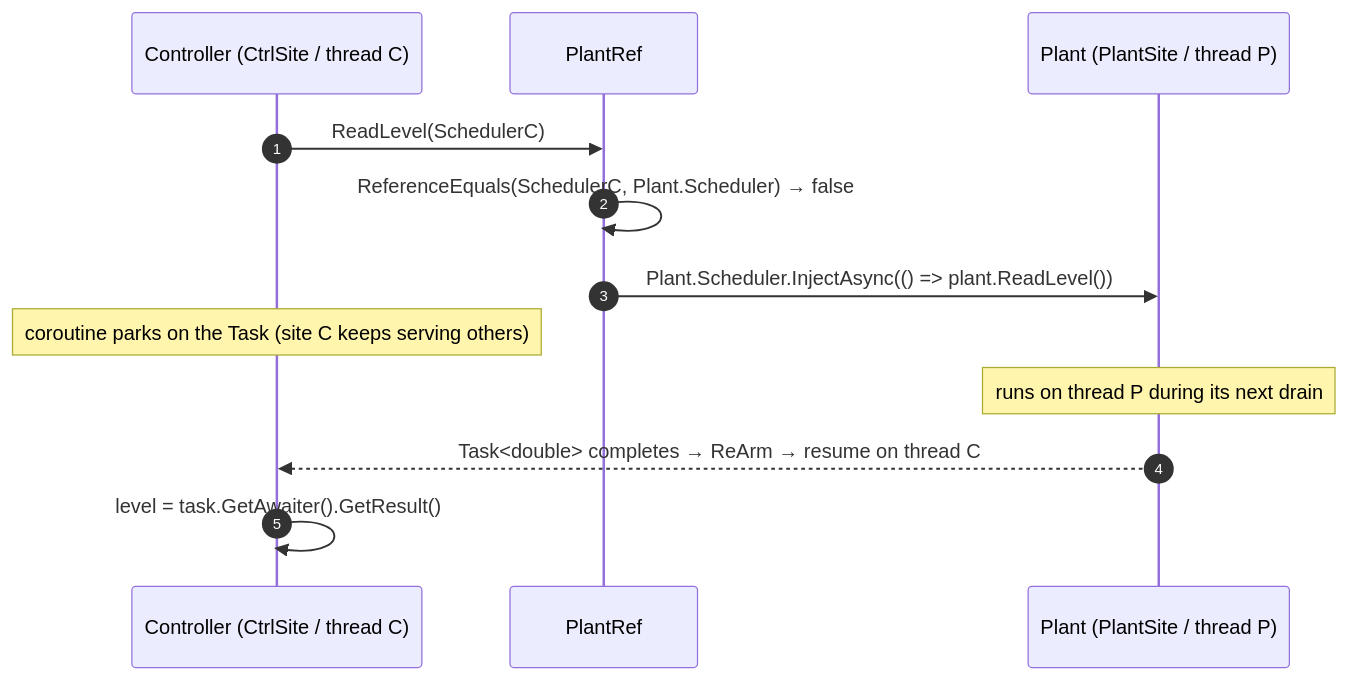
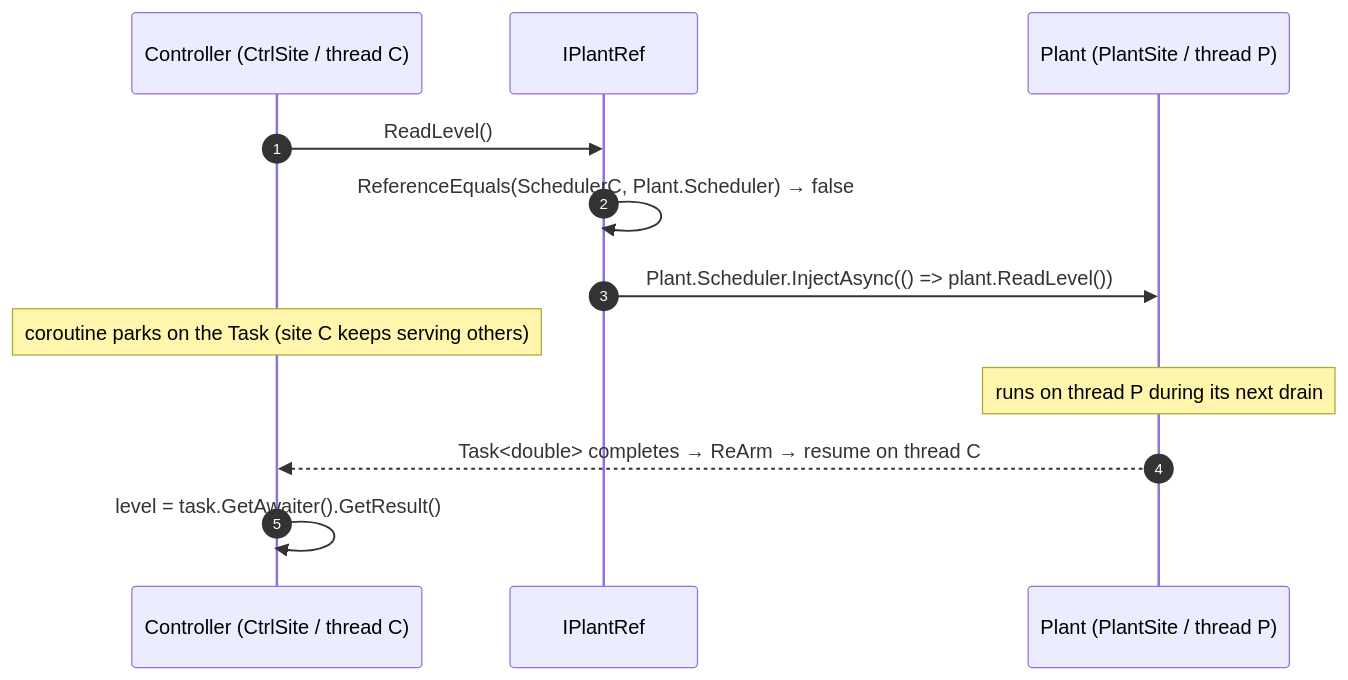
One commit to SimulaSharp-org/simulasharp-docs changed the second of 2 diagrams in public/content/scenario-controller-plant.md. Above: the diagram before and after it, drawn with Mermaid. The commit also changed other lines of this file and 13 other files, not shown here.

````diff
--- a/public/content/scenario-controller-plant.md
+++ b/public/content/scenario-controller-plant.md
@@ -134,14 +142,14 @@
 ```mermaid
 sequenceDiagram
   autonumber
   participant Ctl as Controller (CtrlSite / thread C)
-  participant Ref as PlantRef
+  participant Ref as IPlantRef
   participant P as Plant (PlantSite / thread P)
-  Ctl->>Ref: ReadLevel(SchedulerC)
+  Ctl->>Ref: ReadLevel()
   Ref->>Ref: ReferenceEquals(SchedulerC, Plant.Scheduler) → false
   Ref->>P: Plant.Scheduler.InjectAsync(() => plant.ReadLevel())
   Note over Ctl: coroutine parks on the Task (site C keeps serving others)
   Note over P: runs on thread P during its next drain
   P-->>Ctl: Task<double> completes → ReArm → resume on thread C
   Ctl->>Ctl: level = task.GetAwaiter().GetResult()
 ```
````
